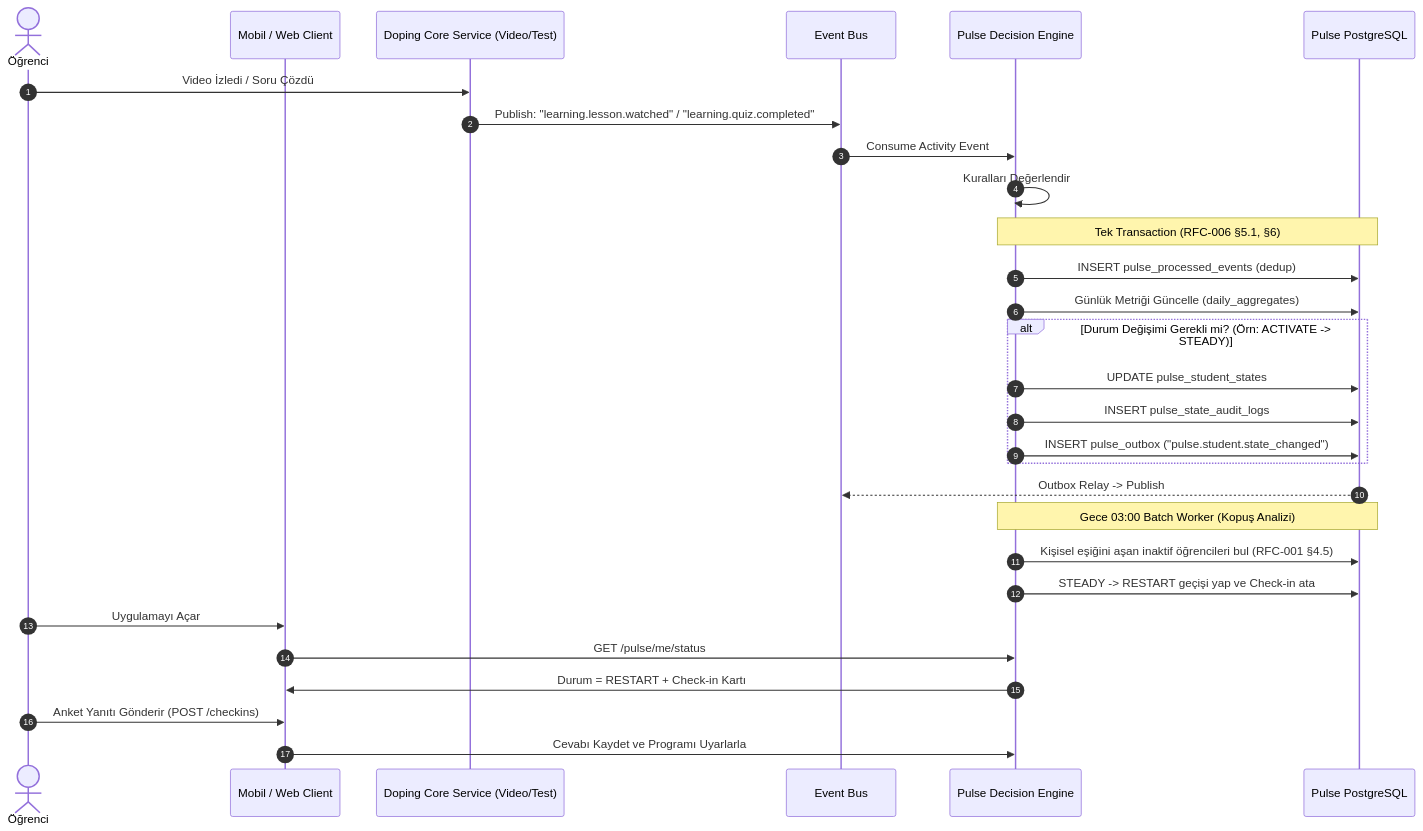
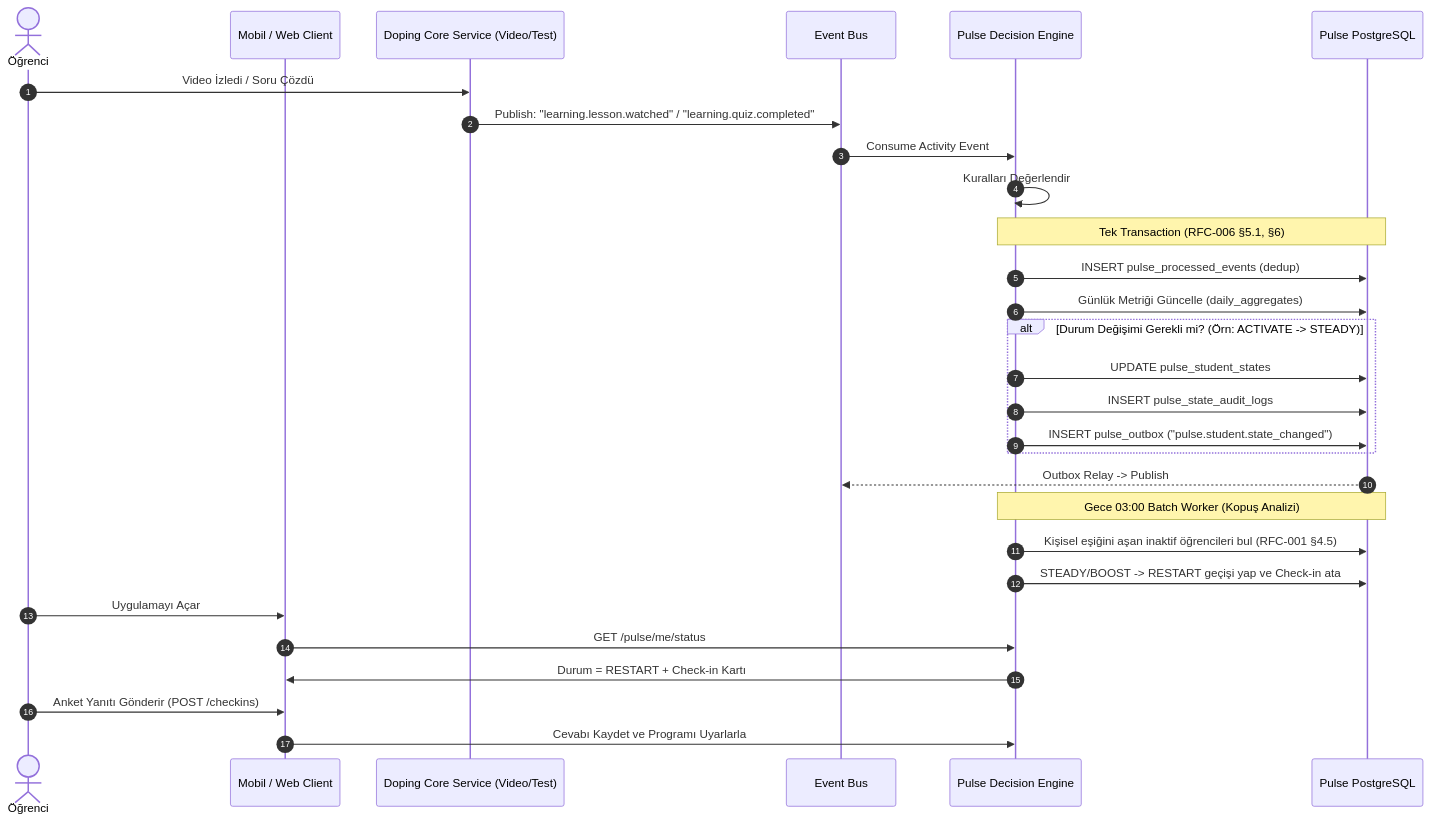
The third of 3 diagrams in docs/doping-pulse-technical-spec.md (Losdreyfedus/doping-pulse), drawn with Mermaid before and after one commit. The commit also changed other lines of this file and 6 other files, not shown here.

````diff
--- a/docs/doping-pulse-technical-spec.md
+++ b/docs/doping-pulse-technical-spec.md
@@ -370,36 +375,36 @@
 ```mermaid
 sequenceDiagram
     autonumber
     actor Student as Öğrenci
     participant App as Mobil / Web Client
     participant CoreApp as Doping Core Service (Video/Test)
     participant Kafka as Event Bus
     participant PulseEngine as Pulse Decision Engine
     participant PulseDB as Pulse PostgreSQL
 
     Student->>CoreApp: Video İzledi / Soru Çözdü
     CoreApp->>Kafka: Publish: "learning.lesson.watched" / "learning.quiz.completed"
     
     Kafka->>PulseEngine: Consume Activity Event
     PulseEngine->>PulseEngine: Kuralları Değerlendir
     
     Note over PulseEngine,PulseDB: Tek Transaction (RFC-006 §5.1, §6)
     PulseEngine->>PulseDB: INSERT pulse_processed_events (dedup)
     PulseEngine->>PulseDB: Günlük Metriği Güncelle (daily_aggregates)
     alt Durum Değişimi Gerekli mi? (Örn: ACTIVATE -> STEADY)
         PulseEngine->>PulseDB: UPDATE pulse_student_states
         PulseEngine->>PulseDB: INSERT pulse_state_audit_logs
         PulseEngine->>PulseDB: INSERT pulse_outbox ("pulse.student.state_changed")
     end
     PulseDB-->>Kafka: Outbox Relay -> Publish
 
     Note over PulseEngine,PulseDB: Gece 03:00 Batch Worker (Kopuş Analizi)
     PulseEngine->>PulseDB: Kişisel eşiğini aşan inaktif öğrencileri bul (RFC-001 §4.5)
-    PulseEngine->>PulseDB: STEADY -> RESTART geçişi yap ve Check-in ata
+    PulseEngine->>PulseDB: STEADY/BOOST -> RESTART geçişi yap ve Check-in ata
 
     Student->>App: Uygulamayı Açar
     App->>PulseEngine: GET /pulse/me/status
     PulseEngine->>App: Durum = RESTART + Check-in Kartı
     Student->>App: Anket Yanıtı Gönderir (POST /checkins)
     App->>PulseEngine: Cevabı Kaydet ve Programı Uyarlarla
 ```
````
